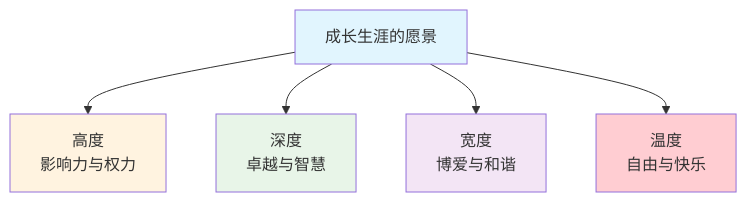
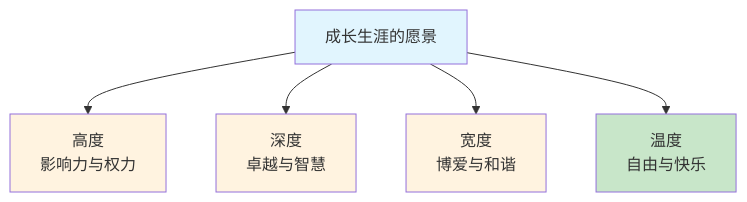
The fifth of 6 diagrams in packages/website/11.书籍/04.自我精进·学习/02.需求层次的模型.md (chongyang211/YCBookBlog), drawn with Mermaid before and after one commit. The commit also changed other lines of this file and 17 other files, not shown here.

````diff
--- a/packages/website/11.书籍/04.自我精进·学习/02.需求层次的模型.md
+++ b/packages/website/11.书籍/04.自我精进·学习/02.需求层次的模型.md
@@ -116,12 +133,12 @@
 ```mermaid
 graph TD
     A[成长生涯的愿景] --> B[高度<br/>影响力与权力]
     A --> C[深度<br/>卓越与智慧]
     A --> D[宽度<br/>博爱与和谐]
     A --> E[温度<br/>自由与快乐]
     style A fill:#e1f5fe
     style B fill:#fff3e0
-    style C fill:#e8f5e8
-    style D fill:#f3e5f5
-    style E fill:#ffcdd2
+    style C fill:#fff3e0
+    style D fill:#fff3e0
+    style E fill:#c8e6c9
 ```
````
